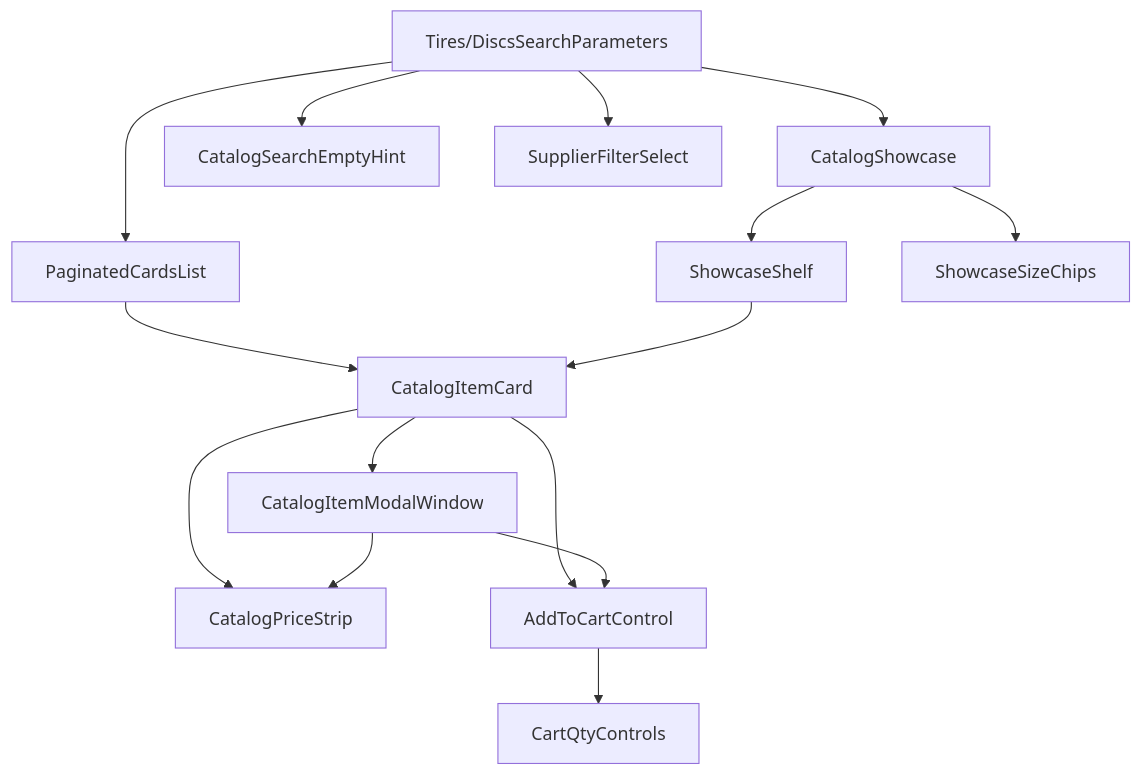
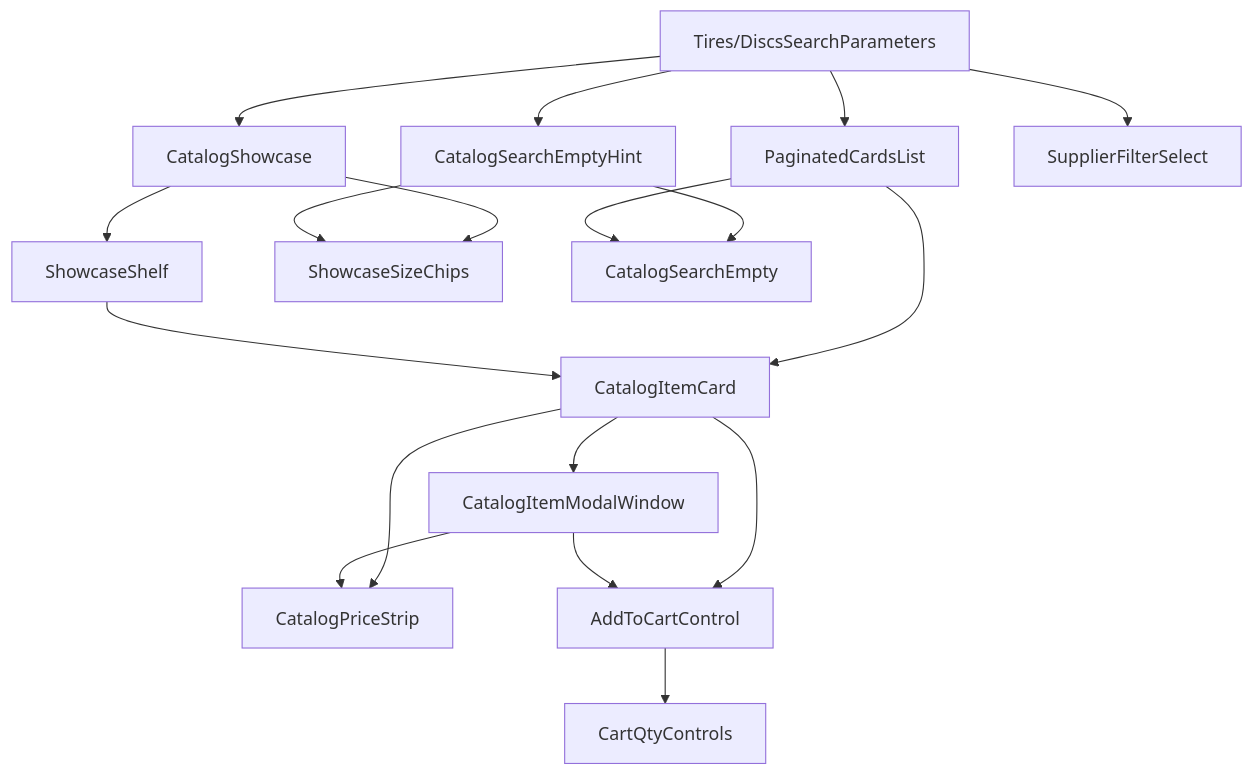
Before and after one commit to iscander-b10/tyres_discs: the first of 2 diagrams in docs/10-ui/catalog-components.md, drawn with Mermaid. The commit also changed other lines of this file and 9 other files, not shown here.

First line of the commit message:
Redesign catalog search empty states with a shared block and stable height.

````diff
--- a/docs/10-ui/catalog-components.md
+++ b/docs/10-ui/catalog-components.md
@@ -7,22 +7,26 @@
 ```mermaid
 flowchart TB
   Search["Tires/DiscsSearchParameters"]
   Search --> Showcase["CatalogShowcase"]
   Search --> List["PaginatedCardsList"]
-  Search --> Empty["CatalogSearchEmptyHint"]
+  Search --> EmptyHint["CatalogSearchEmptyHint"]
 
   Showcase --> Shelf["ShowcaseShelf"]
   Showcase --> Chips["ShowcaseSizeChips"]
+
+  EmptyHint --> EmptyBlock["CatalogSearchEmpty"]
+  EmptyHint --> Chips
+  List --> EmptyBlock
 
   List --> Card["CatalogItemCard"]
   Shelf --> Card
 
   Card --> Modal["CatalogItemModalWindow"]
   Card --> Price["CatalogPriceStrip"]
   Card --> Cart["AddToCartControl"]
   Modal --> Price
   Modal --> Cart
 
   Search --> Supplier["SupplierFilterSelect"]
   Cart --> Qty["CartQtyControls"]
 ```
````
